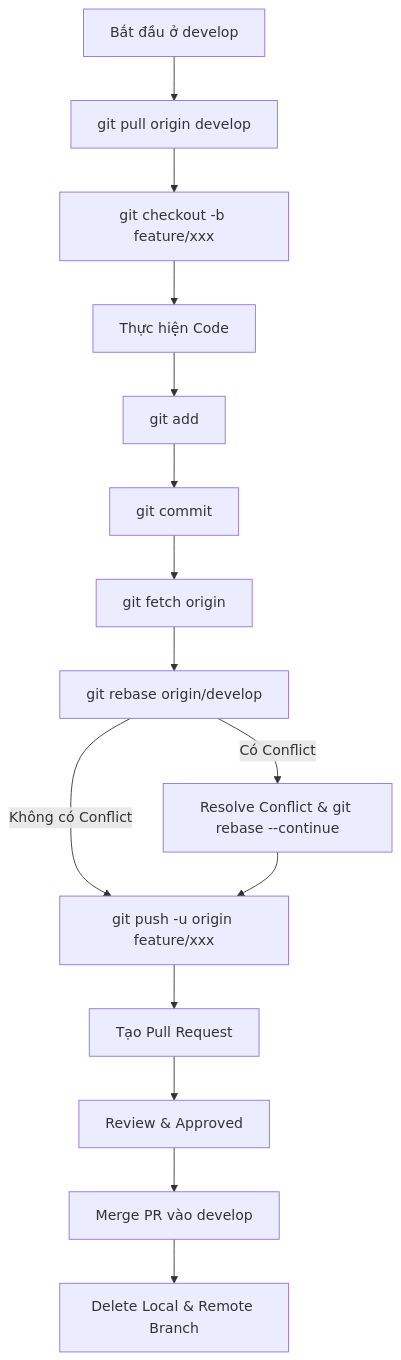
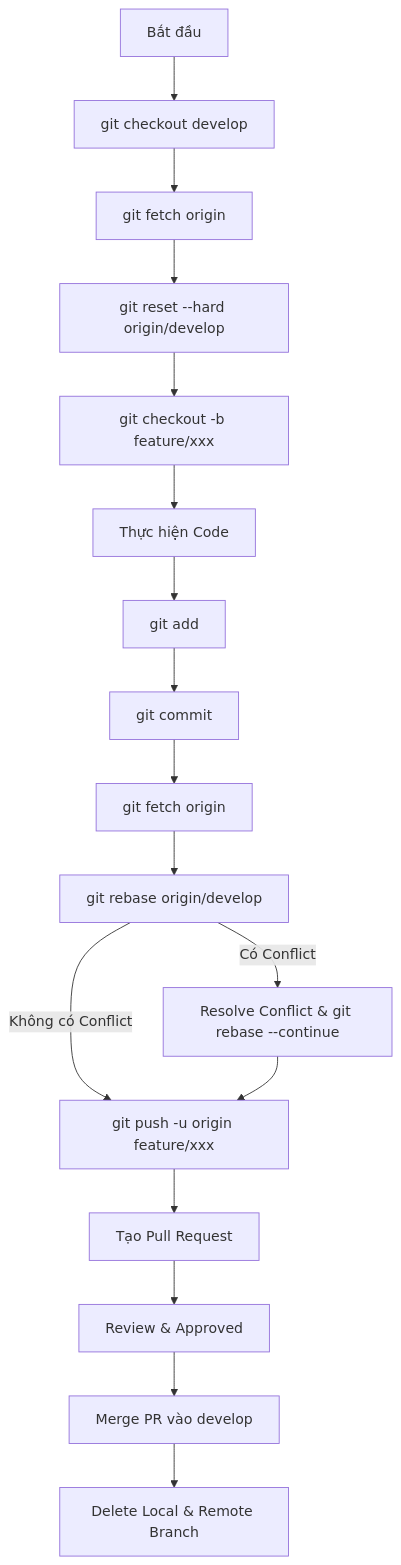
One commit to sanggit999/snapspot changed the diagram in .agent/skills/git-flow-rules/SKILL.md. Above: the diagram before and after it, drawn with Mermaid. The commit also changed other lines of this file and 8 other files, not shown here.

Commit message:
Feat: Thêm tính năng cài đặt (Settings Screen), cập nhật đa ngôn ngữ và quy chuẩn Git Flow

````diff
--- a/.agent/skills/git-flow-rules/SKILL.md
+++ b/.agent/skills/git-flow-rules/SKILL.md
@@ -30,17 +30,19 @@
 ```mermaid
 graph TD
-    A[Bắt đầu ở develop] --> B[git pull origin develop]
-    B --> C[git checkout -b feature/xxx]
-    C --> D[Thực hiện Code]
-    D --> E[git add <files>]
-    E --> F[git commit]
-    F --> G[git fetch origin]
-    G --> H[git rebase origin/develop]
-    H -->|Có Conflict| I[Resolve Conflict & git rebase --continue]
-    H -->|Không có Conflict| J[git push -u origin feature/xxx]
-    I --> J
-    J --> K[Tạo Pull Request]
-    K --> L[Review & Approved]
-    L --> M[Merge PR vào develop]
-    M --> N[Delete Local & Remote Branch]
+    A[Bắt đầu] --> B[git checkout develop]
+    B --> C[git fetch origin]
+    C --> D[git reset --hard origin/develop]
+    D --> E[git checkout -b feature/xxx]
+    E --> F[Thực hiện Code]
+    F --> G[git add <files>]
+    G --> H[git commit]
+    H --> I[git fetch origin]
+    I --> J[git rebase origin/develop]
+    J -->|Có Conflict| K[Resolve Conflict & git rebase --continue]
+    J -->|Không có Conflict| L[git push -u origin feature/xxx]
+    K --> L
+    L --> M[Tạo Pull Request]
+    M --> N[Review & Approved]
+    N --> O[Merge PR vào develop]
+    O --> P[Delete Local & Remote Branch]
 ```
````
